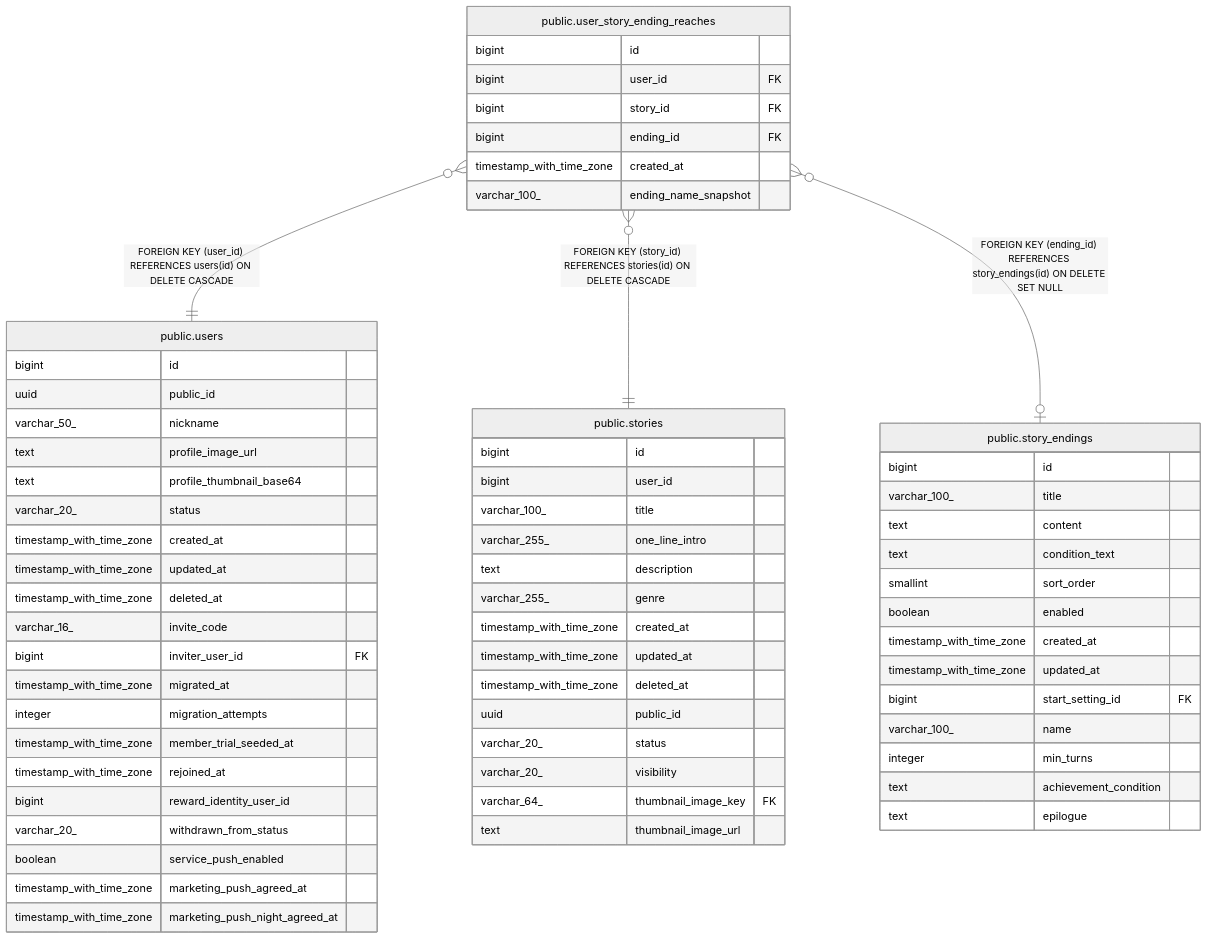
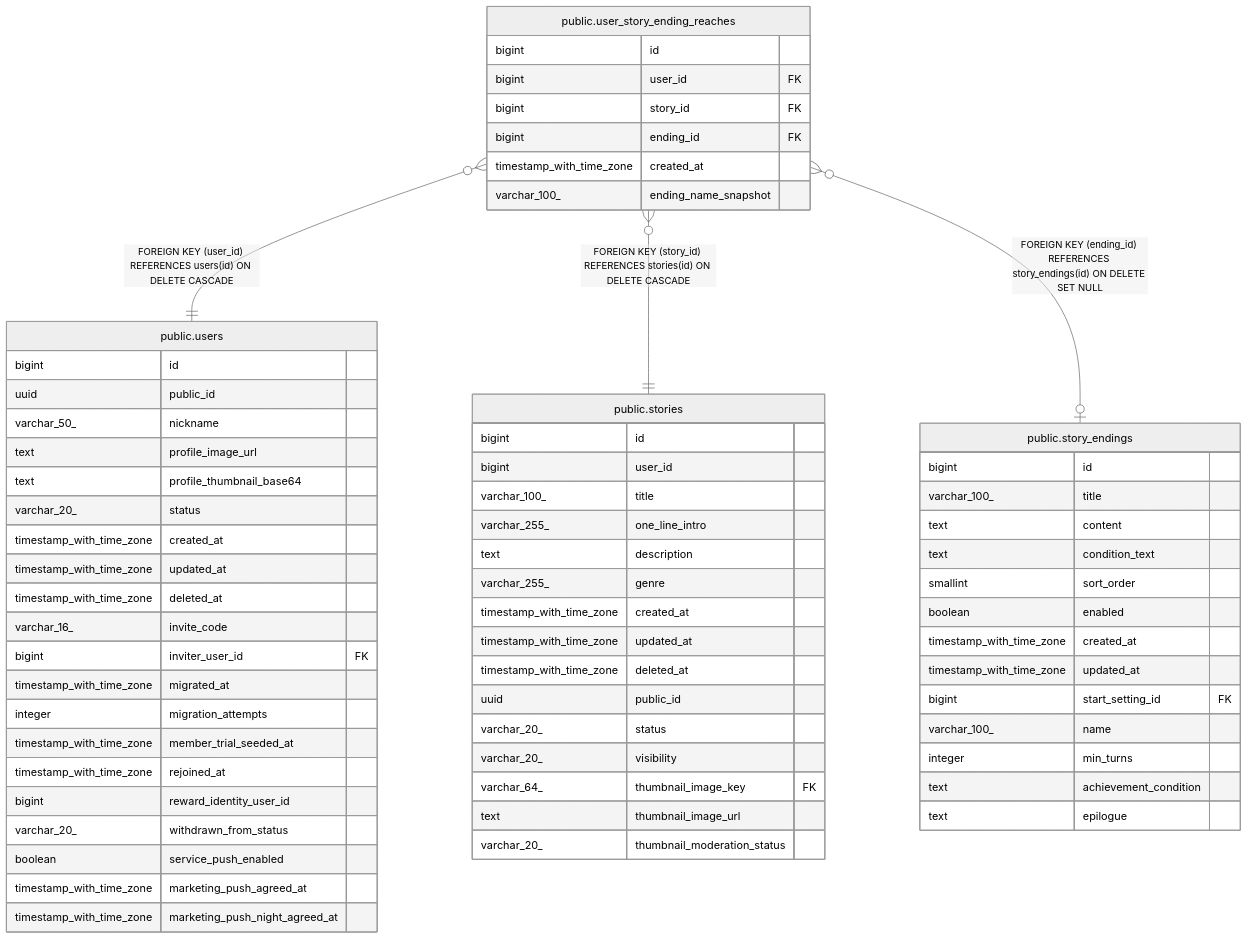
One commit to KIM-N-KANG/manyak-server changed the diagram in dbdoc/public.user_story_ending_reaches.md. Above: the diagram before and after it, drawn with Mermaid (neutral theme). The commit also changed 41 other files, not shown here.

````diff
--- a/dbdoc/public.user_story_ending_reaches.md
+++ b/dbdoc/public.user_story_ending_reaches.md
@@ -34,69 +34,70 @@
 ```mermaid
 erDiagram
 
 "public.user_story_ending_reaches" }o--|| "public.users" : "FOREIGN KEY (user_id) REFERENCES users(id) ON DELETE CASCADE"
 "public.user_story_ending_reaches" }o--|| "public.stories" : "FOREIGN KEY (story_id) REFERENCES stories(id) ON DELETE CASCADE"
 "public.user_story_ending_reaches" }o--o| "public.story_endings" : "FOREIGN KEY (ending_id) REFERENCES story_endings(id) ON DELETE SET NULL"
 
 "public.user_story_ending_reaches" {
   bigint id
   bigint user_id FK
   bigint story_id FK
   bigint ending_id FK
   timestamp_with_time_zone created_at
   varchar_100_ ending_name_snapshot
 }
 "public.users" {
   bigint id
   uuid public_id
   varchar_50_ nickname
   text profile_image_url
   text profile_thumbnail_base64
   varchar_20_ status
   timestamp_with_time_zone created_at
   timestamp_with_time_zone updated_at
   timestamp_with_time_zone deleted_at
   varchar_16_ invite_code
   bigint inviter_user_id FK
   timestamp_with_time_zone migrated_at
   integer migration_attempts
   timestamp_with_time_zone member_trial_seeded_at
   timestamp_with_time_zone rejoined_at
   bigint reward_identity_user_id
   varchar_20_ withdrawn_from_status
   boolean service_push_enabled
   timestamp_with_time_zone marketing_push_agreed_at
   timestamp_with_time_zone marketing_push_night_agreed_at
 }
 "public.stories" {
   bigint id
   bigint user_id
   varchar_100_ title
   varchar_255_ one_line_intro
   text description
   varchar_255_ genre
   timestamp_with_time_zone created_at
   timestamp_with_time_zone updated_at
   timestamp_with_time_zone deleted_at
   uuid public_id
   varchar_20_ status
   varchar_20_ visibility
   varchar_64_ thumbnail_image_key FK
   text thumbnail_image_url
+  varchar_20_ thumbnail_moderation_status
 }
 "public.story_endings" {
   bigint id
   varchar_100_ title
   text content
   text condition_text
   smallint sort_order
   boolean enabled
   timestamp_with_time_zone created_at
   timestamp_with_time_zone updated_at
   bigint start_setting_id FK
   varchar_100_ name
   integer min_turns
   text achievement_condition
   text epilogue
 }
 ```
````
